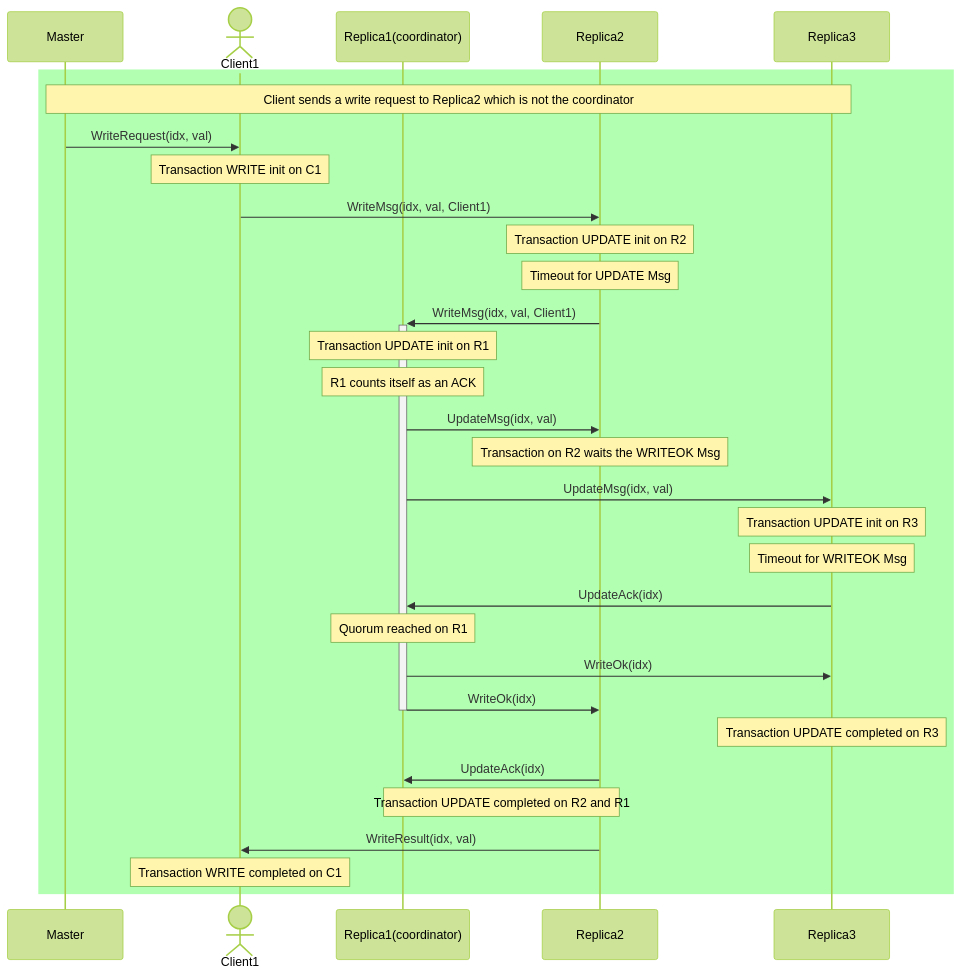
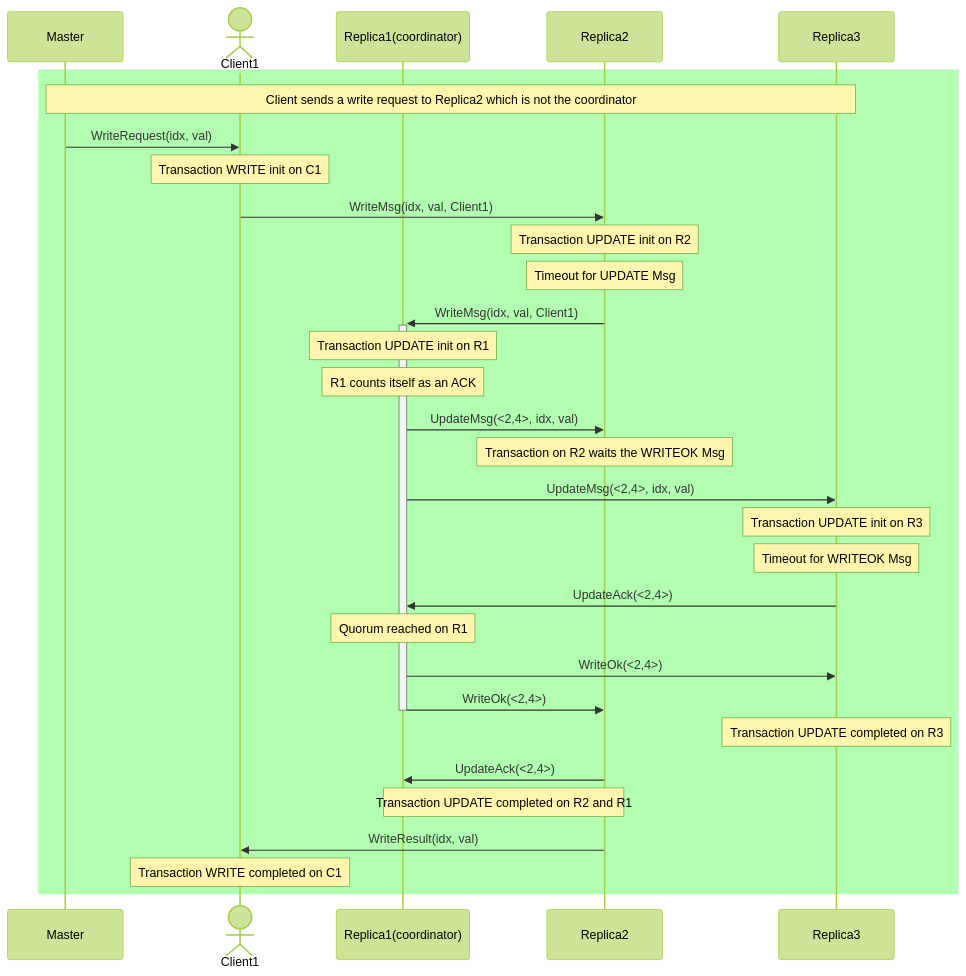
The diagram in charts/transaction_Write.mmd (alanmasu/CoreDump_DS_Project), drawn with Mermaid before and after one commit. The commit also changed 3 other files, not shown here.

Commit message:
docs: Corrected some inconsistencies on the charts

```diff
--- a/charts/transaction_Write.mmd
+++ b/charts/transaction_Write.mmd
@@ -1,42 +1,42 @@
 ---
 config:
   theme: forest
 ---
 sequenceDiagram
     participant M as Master
 
     actor C1 as Client1
     %% actor C2 as Client2
     participant R1 as Replica1(coordinator)
     participant R2 as Replica2
     participant R3 as Replica3
 
     rect rgba(0, 255, 0, 0.3)
         note over M, R3: Client sends a write request to Replica2 which is not the coordinator
         M ->> C1: WriteRequest(idx, val)
         note over C1: Transaction WRITE init on C1
         C1 ->> R2: WriteMsg(idx, val, Client1)
         note over R2: Transaction UPDATE init on R2
         note over R2: Timeout for UPDATE Msg
         R2 ->>+ R1: WriteMsg(idx, val, Client1)
         note over R1: Transaction UPDATE init on R1
         %%%%%%%% Maybe this could be removed %%%%%%%%
         %% R1 ->> R1: UpdateMsg(idx, val)
         note over R1: R1 counts itself as an ACK
         %%%%%%%%%%%%%%%%%%%%%%%%%%%%%%%%%%%%%%%%%%%%%
-        R1 ->> R2: UpdateMsg(idx, val)
+        R1 ->> R2: UpdateMsg(<2,4>, idx, val)
         note over R2: Transaction on R2 waits the WRITEOK Msg
-        R1 ->> R3: UpdateMsg(idx, val)
+        R1 ->> R3: UpdateMsg(<2,4>, idx, val)  
         note over R3: Transaction UPDATE init on R3
         note over R3: Timeout for WRITEOK Msg
-        R3 ->> R1: UpdateAck(idx)
+        R3 ->> R1: UpdateAck(<2,4>)
         note over R1: Quorum reached on R1
-        R1 ->> R3: WriteOk(idx)
-        R1 ->>- R2: WriteOk(idx)
+        R1 ->> R3: WriteOk(<2,4>)
+        R1 ->>- R2: WriteOk(<2,4>)
         note over R3: Transaction UPDATE completed on R3
-        R2 ->> R1: UpdateAck(idx)
+        R2 ->> R1: UpdateAck(<2,4>)
         note over R1, R2: Transaction UPDATE completed on R2 and R1
 
         R2 ->> C1: WriteResult(idx, val)
         note over C1: Transaction WRITE completed on C1
     end
```
